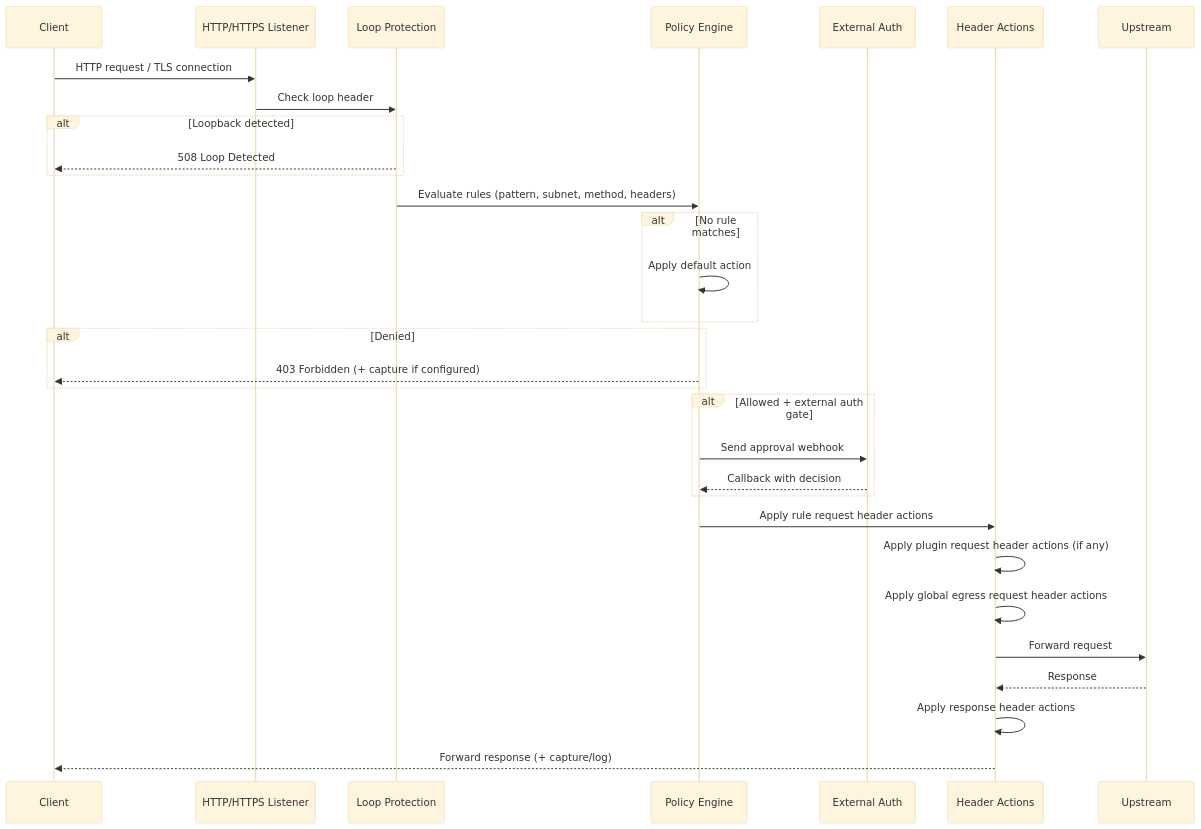
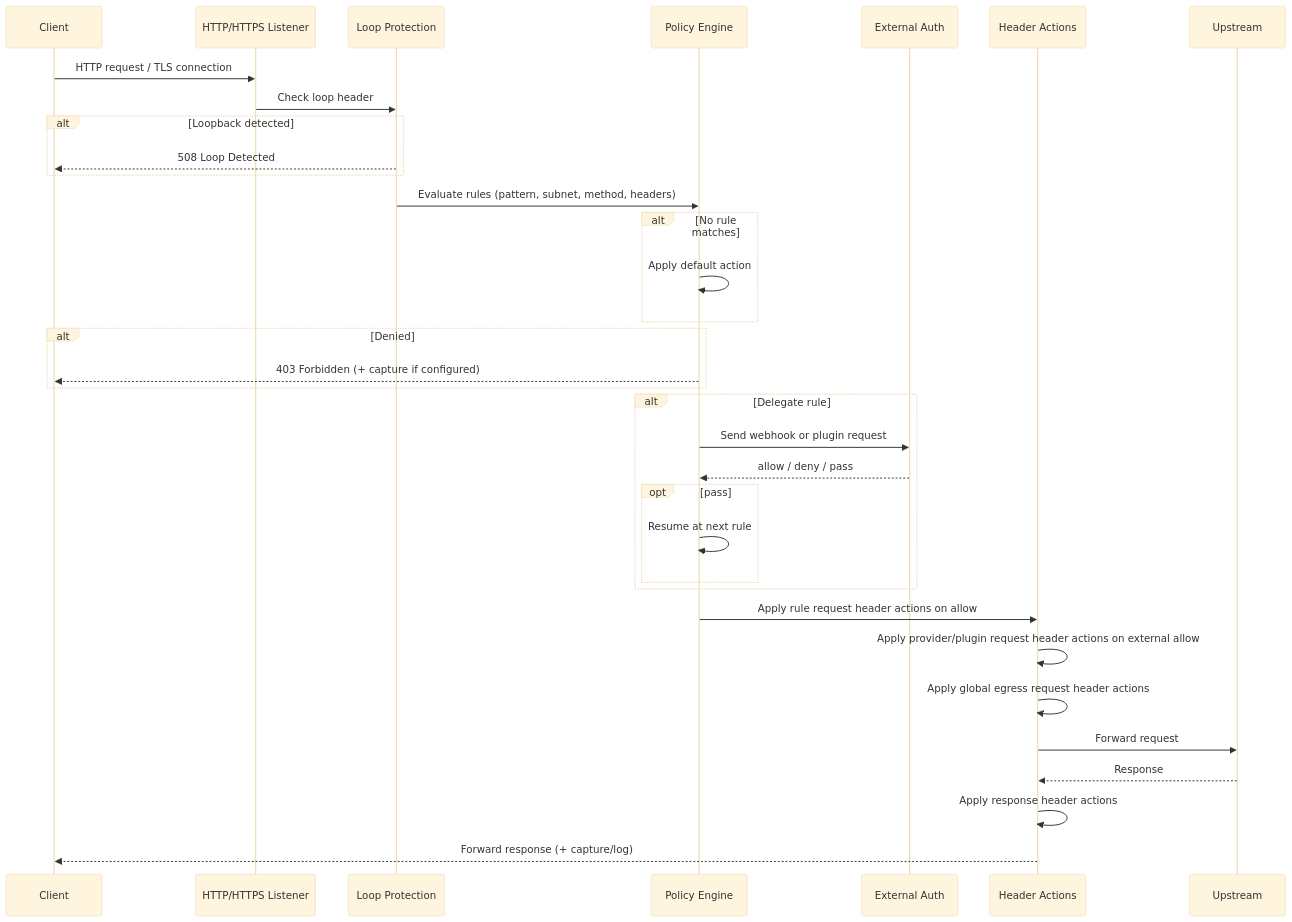
Before and after one commit to kcosr/acl-proxy: the second of 4 diagrams in README.md, drawn with Mermaid (base theme). The commit also changed other lines of this file and 17 other files, not shown here.

Commit message:
Add delegate policy action

````diff
--- a/README.md
+++ b/README.md
@@ -144,38 +147,41 @@
 ```mermaid
 sequenceDiagram
     participant Client
     participant Listener as HTTP/HTTPS Listener
     participant LP as Loop Protection
     participant Policy as Policy Engine
     participant Auth as External Auth
     participant Headers as Header Actions
     participant Upstream
 
     Client->>Listener: HTTP request / TLS connection
     Listener->>LP: Check loop header
     alt Loopback detected
         LP-->>Client: 508 Loop Detected
     end
     LP->>Policy: Evaluate rules (pattern, subnet, method, headers)
 
     alt No rule matches
         Policy->>Policy: Apply default action
     end
 
     alt Denied
         Policy-->>Client: 403 Forbidden (+ capture if configured)
     end
 
-    alt Allowed + external auth gate
-        Policy->>Auth: Send approval webhook
-        Auth-->>Policy: Callback with decision
+    alt Delegate rule
+        Policy->>Auth: Send webhook or plugin request
+        Auth-->>Policy: allow / deny / pass
+        opt pass
+            Policy->>Policy: Resume at next rule
+        end
     end
 
-    Policy->>Headers: Apply rule request header actions
-    Headers->>Headers: Apply plugin request header actions (if any)
+    Policy->>Headers: Apply rule request header actions on allow
+    Headers->>Headers: Apply provider/plugin request header actions on external allow
     Headers->>Headers: Apply global egress request header actions
     Headers->>Upstream: Forward request
     Upstream-->>Headers: Response
     Headers->>Headers: Apply response header actions
     Headers-->>Client: Forward response (+ capture/log)
 ```
````
